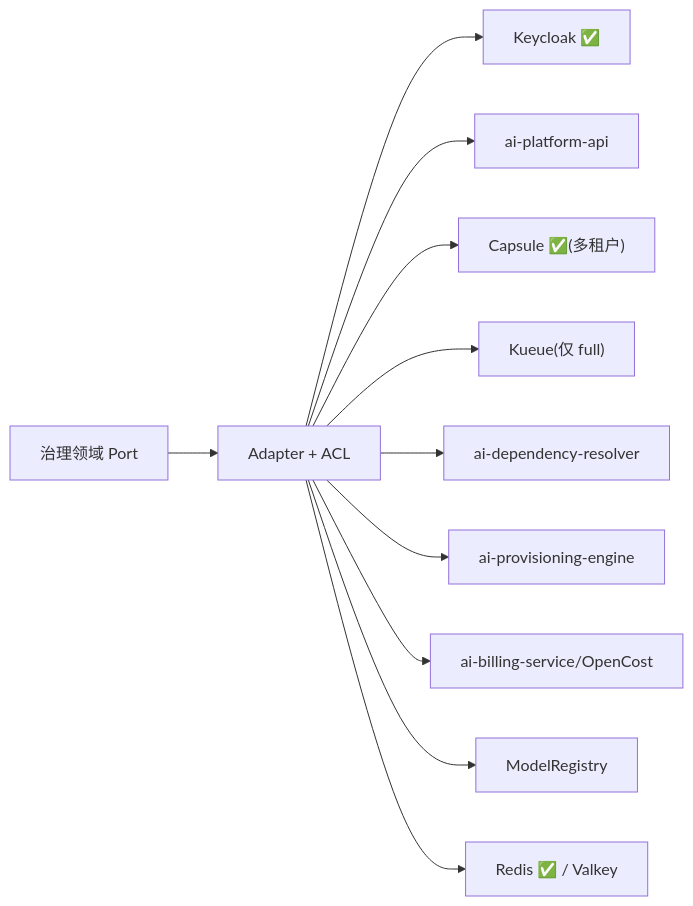
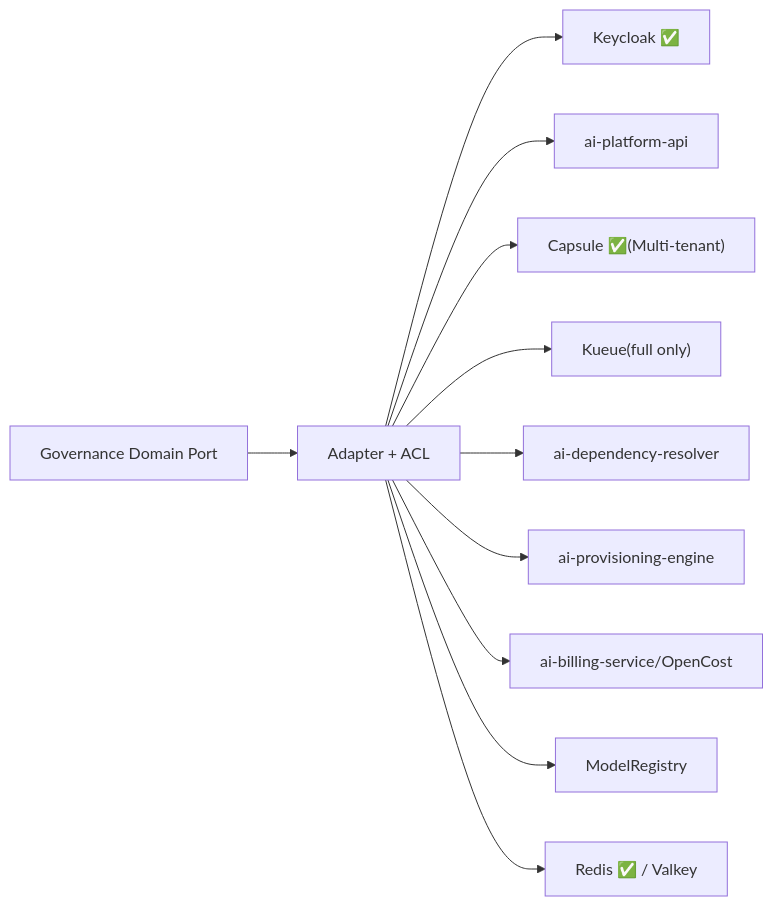
One commit to open-strata-ai/ai-admin-service changed the third of 5 diagrams in design/DESIGN.md. Above: the diagram before and after it, drawn with Mermaid. The commit also changed other lines of this file and 9 other files, not shown here.

````diff
--- a/design/DESIGN.md
+++ b/design/DESIGN.md
@@ -180,13 +180,13 @@
 ```mermaid
 graph LR
-    DOM["治理领域 Port"] --> ADAP["Adapter + ACL"]
+    DOM["Governance Domain Port"] --> ADAP["Adapter + ACL"]
     ADAP --> KC["Keycloak ✅"]
     ADAP --> API2["ai-platform-api"]
-    ADAP --> CAP["Capsule ✅(多租户)"]
-    ADAP --> KQ["Kueue(仅 full)"]
+    ADAP --> CAP["Capsule ✅(Multi-tenant)"]
+    ADAP --> KQ["Kueue(full only)"]
     ADAP --> DR["ai-dependency-resolver"]
     ADAP --> PE["ai-provisioning-engine"]
     ADAP --> BILL2["ai-billing-service/OpenCost"]
     ADAP --> MR2["ModelRegistry"]
     ADAP --> RD["Redis ✅ / Valkey"]
 ```
````
